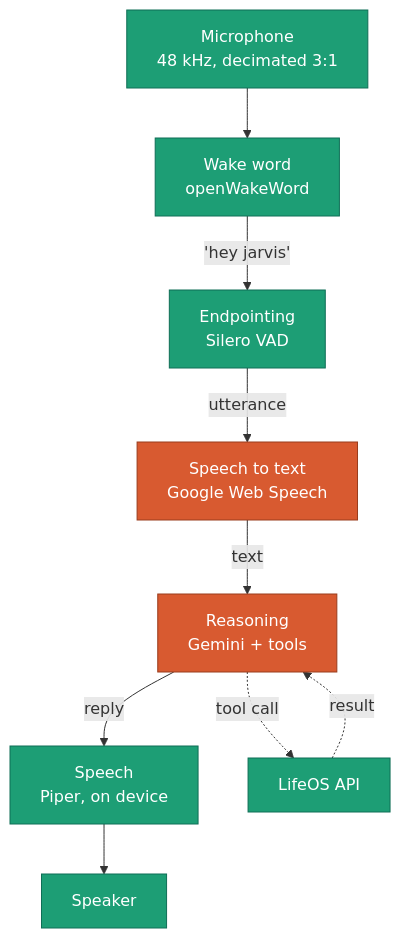
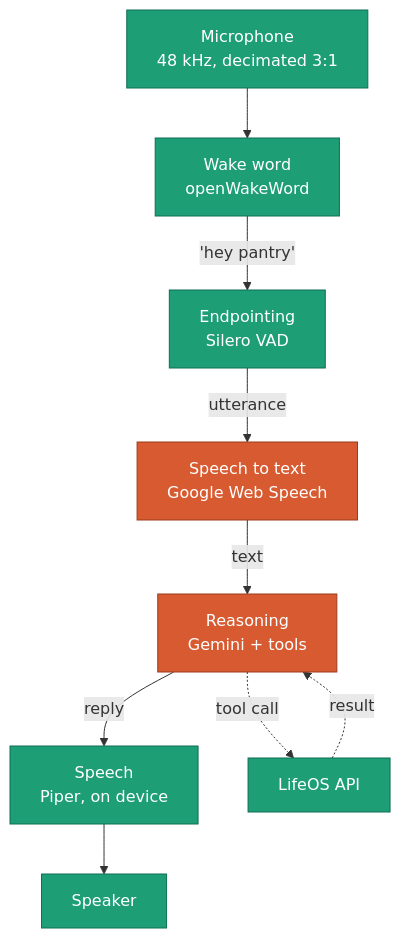
One commit to DK09876/pantry changed the second of 4 diagrams in docs/architecture.md. Above: the diagram before and after it, drawn with Mermaid. The commit also changed other lines of this file and 17 other files, not shown here.

First line of the commit message:
Voice everywhere: LifeOS assistant tools, Siri endpoint, hey pantry

````diff
--- a/docs/architecture.md
+++ b/docs/architecture.md
@@ -46,16 +46,16 @@
 ```mermaid
 flowchart TD
     A["Microphone<br/>48 kHz, decimated 3:1"] --> B["Wake word<br/>openWakeWord"]
-    B -->|"'hey jarvis'"| C["Endpointing<br/>Silero VAD"]
+    B -->|"'hey pantry'"| C["Endpointing<br/>Silero VAD"]
     C -->|utterance| D["Speech to text<br/>Google Web Speech"]
     D -->|text| E["Reasoning<br/>Gemini + tools"]
     E -->|reply| F["Speech<br/>Piper, on device"]
     F --> G["Speaker"]
     E -.->|tool call| H["LifeOS API"]
     H -.->|result| E
 
     classDef local fill:#1D9E75,stroke:#0F6E56,color:#fff
     classDef remote fill:#D85A30,stroke:#993C1D,color:#fff
     class A,B,C,F,G,H local
     class D,E remote
 ```
````
